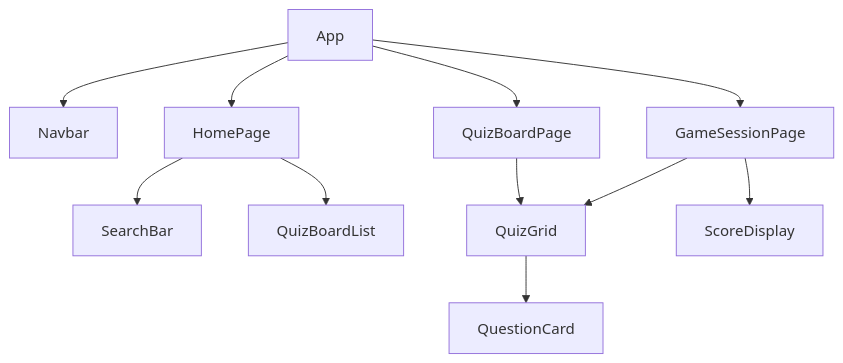
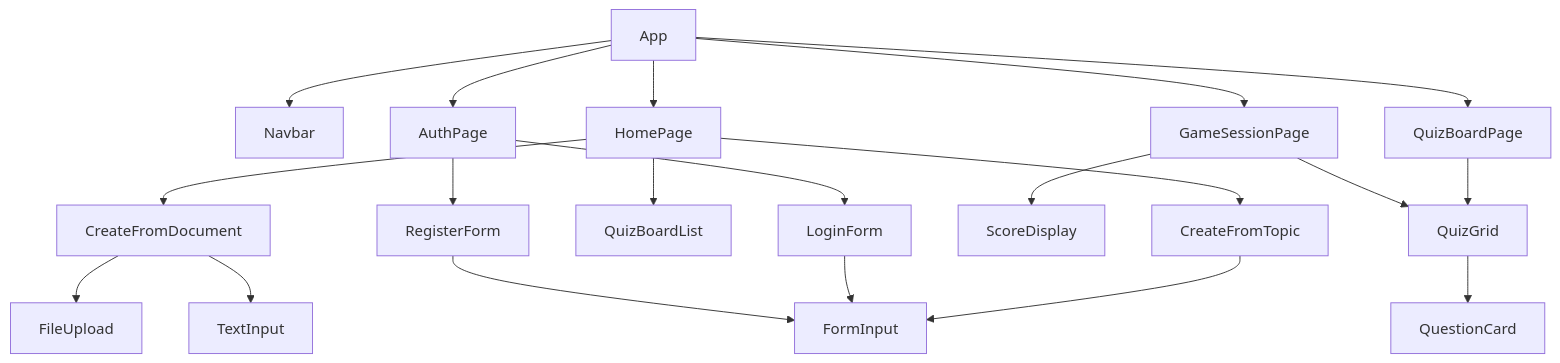
Before and after one commit to mental1337/jeopardyze: the third of 4 diagrams in docs/project_design_doc.md, drawn with Mermaid. The commit also changed other lines of this file, not shown here.

````diff
--- a/docs/project_design_doc.md
+++ b/docs/project_design_doc.md
@@ -122,16 +163,27 @@
 ```mermaid
 graph TD
     App --> Navbar
     App --> HomePage
     App --> QuizBoardPage
     App --> GameSessionPage
+    App --> AuthPage
     
-    HomePage --> SearchBar
+    HomePage --> CreateFromTopic
+    HomePage --> CreateFromDocument
     HomePage --> QuizBoardList
+    
+    CreateFromTopic --> FormInput
+    CreateFromDocument --> FileUpload
+    CreateFromDocument --> TextInput
     
     QuizBoardPage --> QuizGrid
     QuizGrid --> QuestionCard
     
     GameSessionPage --> ScoreDisplay
     GameSessionPage --> QuizGrid
+    
+    AuthPage --> LoginForm
+    AuthPage --> RegisterForm
+    LoginForm --> FormInput
+    RegisterForm --> FormInput
 ```
````
